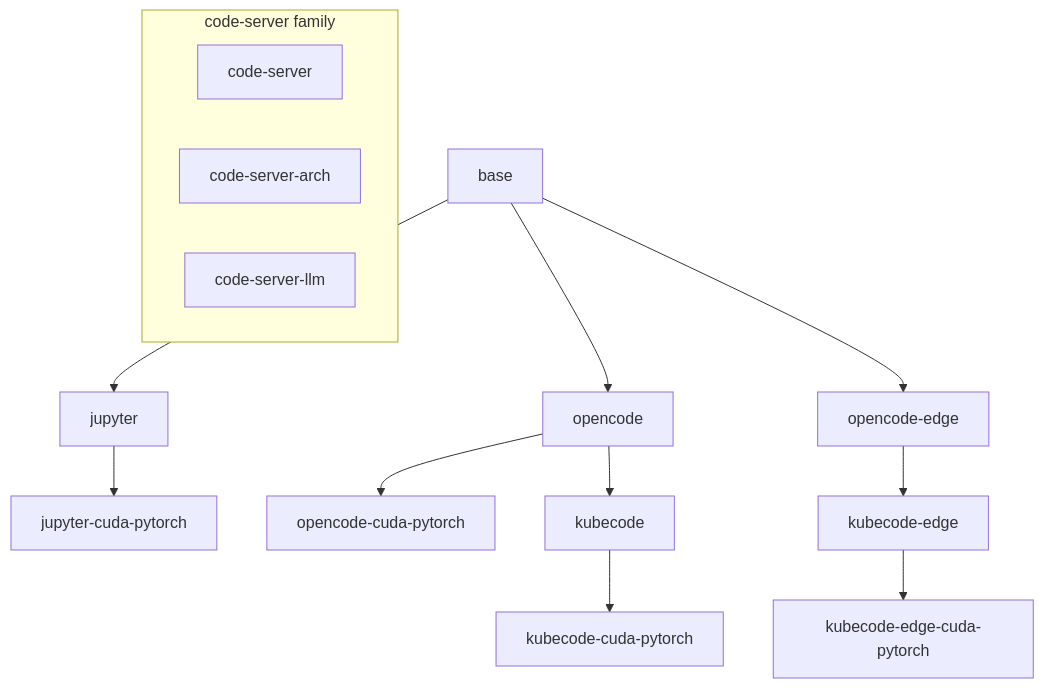
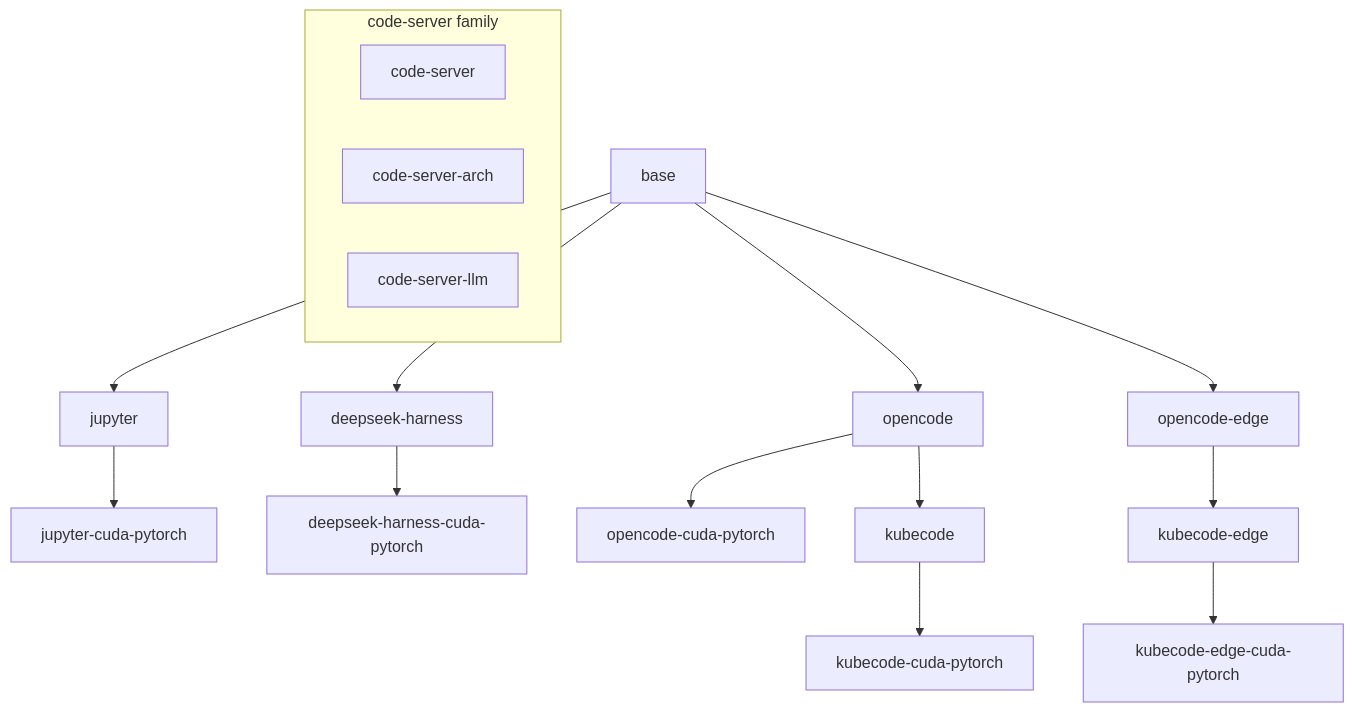
The diagram in kubeflow/README.md (TerenceLiu98/staging-containers), drawn with Mermaid before and after one commit. The commit also changed other lines of this file and 11 other files, not shown here.

````diff
--- a/kubeflow/README.md
+++ b/kubeflow/README.md
@@ -8,17 +8,19 @@
 ```mermaid
 graph TD
     base[base] --> jupyter[jupyter]
     jupyter --> jupyter_cuda[jupyter-cuda-pytorch]
+    base --> deepseek_harness[deepseek-harness]
+    deepseek_harness --> deepseek_harness_cuda[deepseek-harness-cuda-pytorch]
     base --> opencode[opencode]
     opencode --> opencode_cuda[opencode-cuda-pytorch]
     opencode --> kubecode[kubecode]
     kubecode --> kubecode_cuda[kubecode-cuda-pytorch]
     base --> opencode_edge[opencode-edge]
     opencode_edge --> kubecode_edge[kubecode-edge]
     kubecode_edge --> kubecode_edge_cuda[kubecode-edge-cuda-pytorch]
     subgraph cs["code-server family"]
         code_server[code-server]
         code_server_arch[code-server-arch]
         code_server_llm[code-server-llm]
     end
 ```
````
